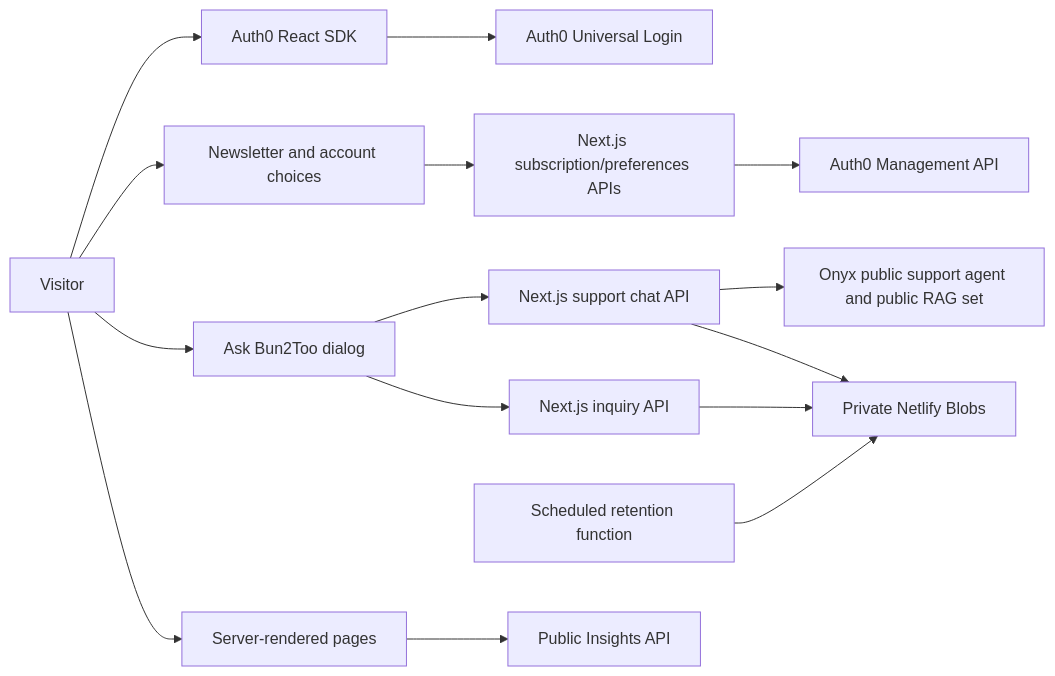
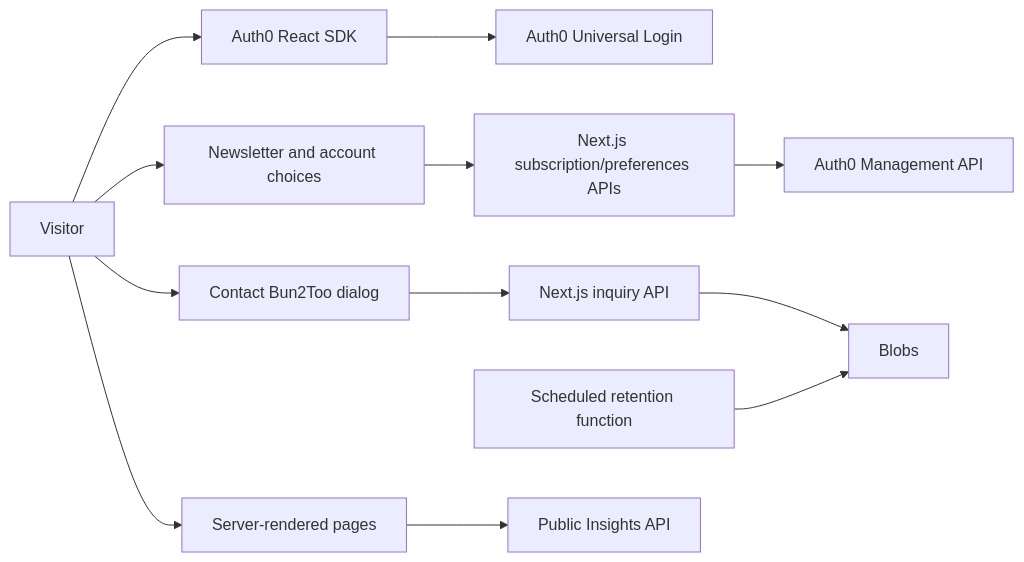
One commit to Bun2too/bun2too-website changed the diagram in docs/architecture.md. Above: the diagram before and after it, drawn with Mermaid. The commit also changed other lines of this file and 46 other files, not shown here.

Commit message:
BUN-11: removing all Onyx ai integrations and updated the deployments

````diff
--- a/docs/architecture.md
+++ b/docs/architecture.md
@@ -46,17 +45,14 @@
 ```mermaid
 flowchart LR
   Visitor --> Public[Server-rendered pages]
   Visitor --> Login[Auth0 React SDK]
   Login --> Auth0[Auth0 Universal Login]
   Visitor --> Forms[Newsletter and account choices]
   Forms --> Preferences[Next.js subscription/preferences APIs]
   Preferences --> Management[Auth0 Management API]
-  Visitor --> Widget[Ask Bun2Too dialog]
-  Widget --> Chat[Next.js support chat API]
-  Chat --> Onyx[Onyx public support agent and public RAG set]
-  Chat --> Blobs[Private Netlify Blobs]
+  Visitor --> Widget[Contact Bun2Too dialog]
   Widget --> Inquiry[Next.js inquiry API]
   Inquiry --> Blobs
   Retention[Scheduled retention function] --> Blobs
   Public --> Editorial[Public Insights API]
 ```
````
